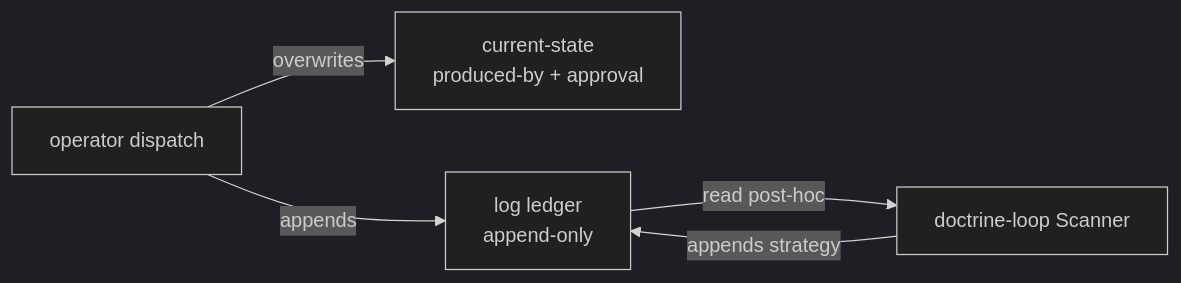
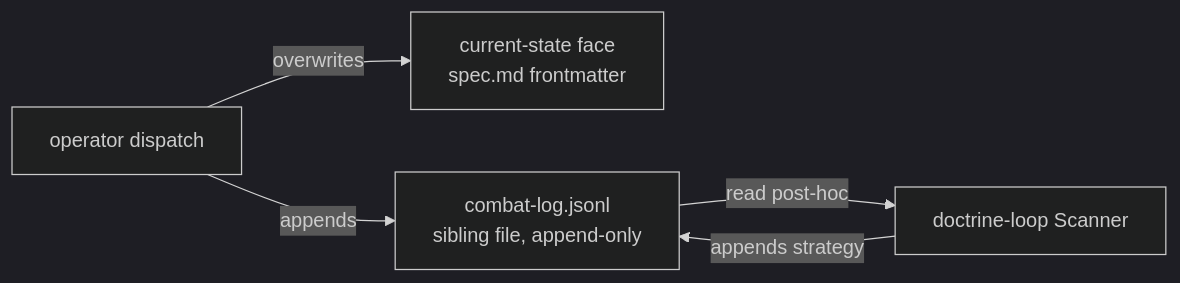
Before and after one commit to cyberuni/cyberplace: the second of 2 diagrams in artifacts/specs/sdd-provenance/spec.md, drawn with Mermaid (dark theme). The commit also changed other lines of this file and 1 other file, not shown here.

First line of the commit message:
feat(sdd): move combat-log to a sibling ledger — Revise sdd-provenance to approved

````diff
--- a/artifacts/specs/sdd-provenance/spec.md
+++ b/artifacts/specs/sdd-provenance/spec.md
@@ -128,7 +141,7 @@
 ```mermaid
 flowchart LR
-  disp[operator dispatch] -->|overwrites| state[current-state<br/>produced-by + approval]
-  disp -->|appends| log[log ledger<br/>append-only]
+  disp[operator dispatch] -->|overwrites| state[current-state face<br/>spec.md frontmatter]
+  disp -->|appends| log[combat-log.jsonl<br/>sibling file, append-only]
   log -->|read post-hoc| scanner[doctrine-loop Scanner]
   scanner -->|appends strategy| log
 ```
````
